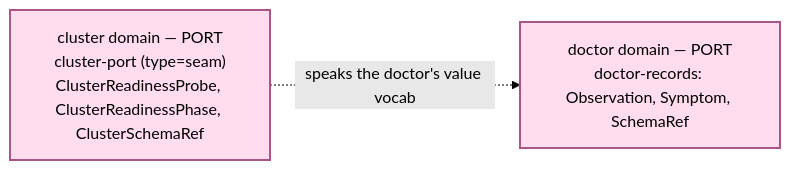
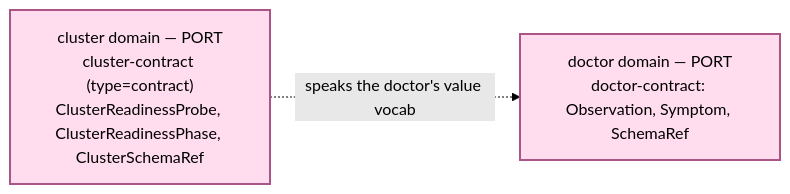
Before and after one commit to nxmatic/rke2lab: the second of 5 diagrams in docs/architecture/osgi/cluster-edge-spec.adoc, drawn with Mermaid (forest theme). The commit also changed other lines of this file and 25 other files, not shown here.

```diff
--- a/docs/architecture/osgi/cluster-edge-spec.adoc
+++ b/docs/architecture/osgi/cluster-edge-spec.adoc
@@ -98,9 +98,9 @@
 [mermaid]
 ....
 flowchart LR
-  cport["cluster domain — PORT<br/>cluster-port (type=seam)<br/>ClusterReadinessProbe, ClusterReadinessPhase, ClusterSchemaRef"]
-  dport["doctor domain — PORT<br/>doctor-records: Observation, Symptom, SchemaRef"]
+  cport["cluster domain — PORT<br/>cluster-contract (type=contract)<br/>ClusterReadinessProbe, ClusterReadinessPhase, ClusterSchemaRef"]
+  dport["doctor domain — PORT<br/>doctor-contract: Observation, Symptom, SchemaRef"]
   cport -.->|speaks the doctor's value vocab| dport
   classDef p fill:#fde,stroke:#a58,stroke-width:2px;
   class cport,dport p;
 ....
```
